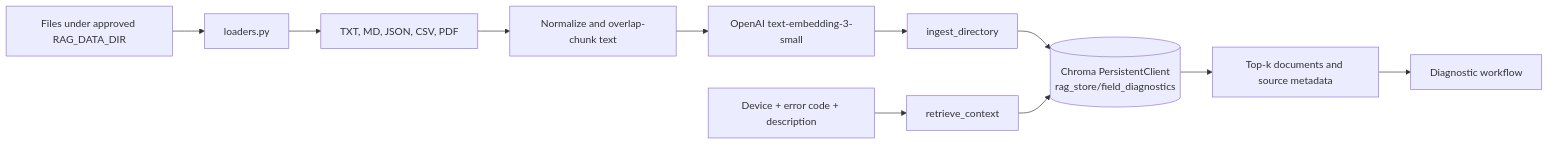
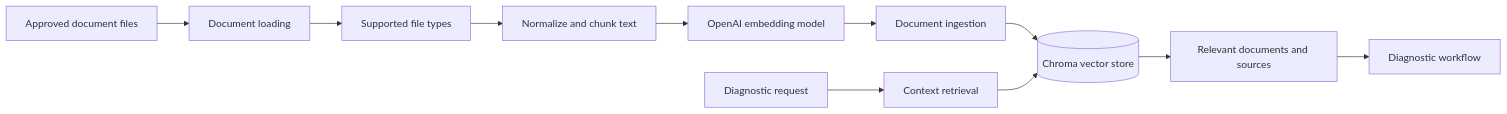
Before and after one commit to SidIos25/AI_FIELD_DIAGNOSTIC: the fourth of 5 diagrams in README.md, drawn with Mermaid. The commit also changed other lines of this file, not shown here.

Commit message:
Revise architecture and flow diagrams in README

````diff
--- a/README.md
+++ b/README.md
@@ -180,13 +180,13 @@
 ```mermaid
 flowchart LR
-      D[Files under approved RAG_DATA_DIR] --> LOAD[loaders.py]
-      LOAD --> TYPES[TXT, MD, JSON, CSV, PDF]
-      TYPES --> CHUNK[Normalize and overlap-chunk text]
-      CHUNK --> EMB[OpenAI text-embedding-3-small]
-      EMB --> UPSERT[ingest_directory]
-      UPSERT --> STORE[(Chroma PersistentClient<br/>rag_store/field_diagnostics)]
-      Q[Device + error code + description] --> RET[retrieve_context]
+   D[Approved document files] --> LOAD[Document loading]
+   LOAD --> TYPES[Supported file types]
+   TYPES --> CHUNK[Normalize and chunk text]
+   CHUNK --> EMB[OpenAI embedding model]
+   EMB --> UPSERT[Document ingestion]
+   UPSERT --> STORE[(Chroma vector store)]
+   Q[Diagnostic request] --> RET[Context retrieval]
       RET --> STORE
-      STORE --> CONTEXT[Top-k documents and source metadata]
+   STORE --> CONTEXT[Relevant documents and sources]
       CONTEXT --> WF[Diagnostic workflow]
 ```
````
